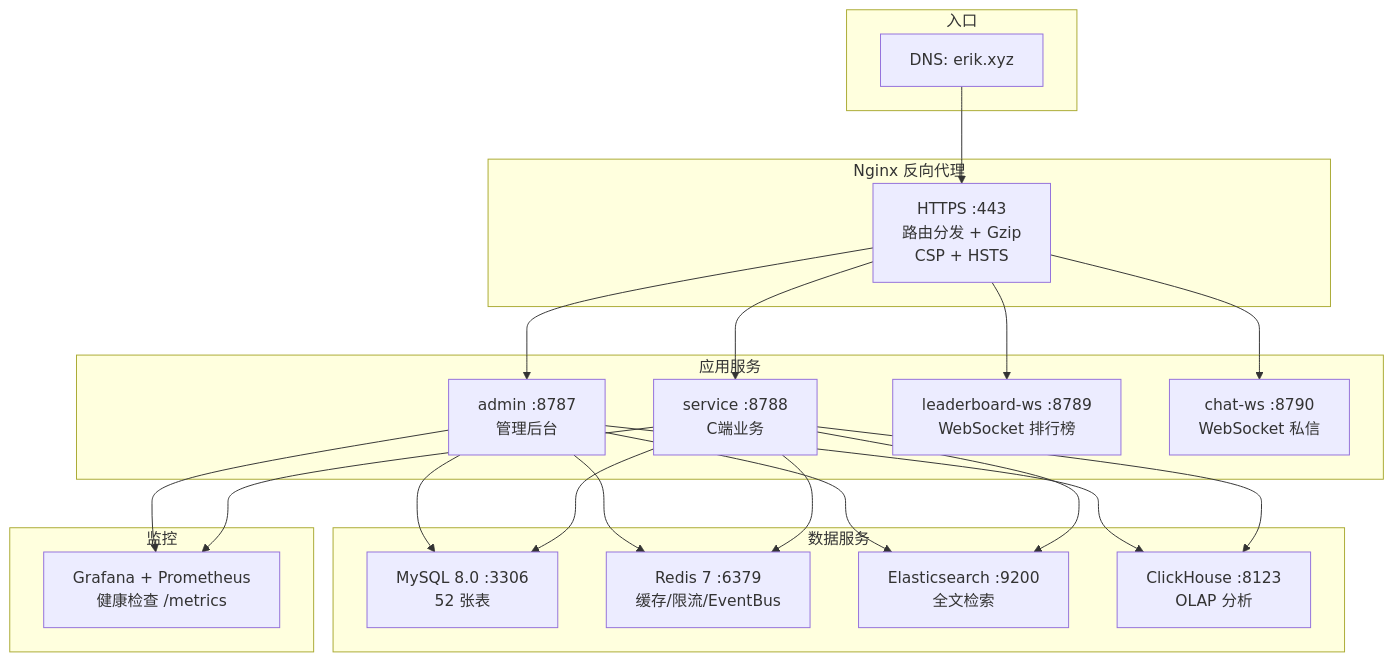
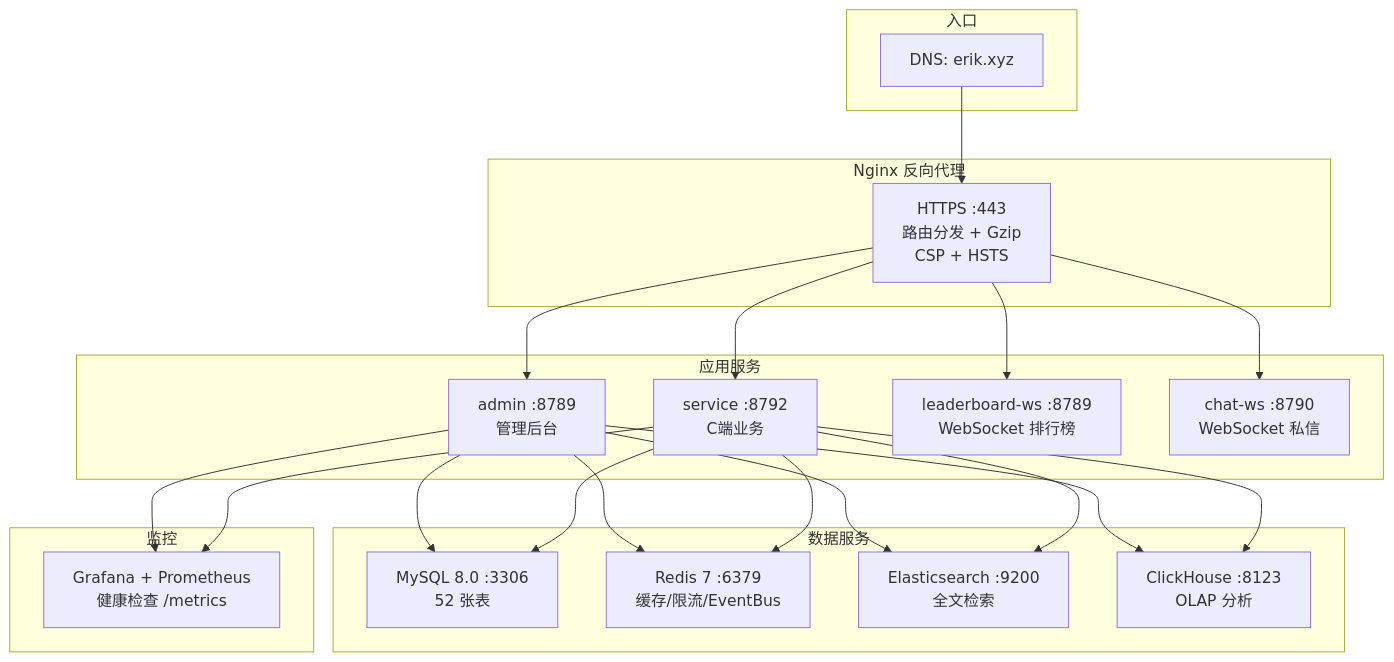
One commit to erikwang2013/game-platform-php changed the diagram in admin/docs/diagrams/12-deployment.bn.md. Above: the diagram before and after it, drawn with Mermaid. The commit also changed 265 other files, not shown here.

````diff
--- a/admin/docs/diagrams/12-deployment.bn.md
+++ b/admin/docs/diagrams/12-deployment.bn.md
@@ -7,33 +7,33 @@
 ```mermaid
 flowchart TB
     subgraph "入口"
         DNS["DNS: erik.xyz"]
     end
 
     subgraph "Nginx 反向代理"
         NGX["HTTPS :443<br/>路由分发 + Gzip<br/>CSP + HSTS"]
     end
 
     subgraph "应用服务"
-        ADM["admin :8787<br/>管理后台"]
-        SVC["service :8788<br/>C端业务"]
+        ADM["admin :8789<br/>管理后台"]
+        SVC["service :8792<br/>C端业务"]
         LB["leaderboard-ws :8789<br/>WebSocket 排行榜"]
         CHAT["chat-ws :8790<br/>WebSocket 私信"]
     end
 
     subgraph "数据服务"
         MYSQL["MySQL 8.0 :3306<br/>52 张表"]
         REDIS["Redis 7 :6379<br/>缓存/限流/EventBus"]
         ES["Elasticsearch :9200<br/>全文检索"]
         CH["ClickHouse :8123<br/>OLAP 分析"]
     end
 
     subgraph "监控"
         MON["Grafana + Prometheus<br/>健康检查 /metrics"]
     end
 
     DNS --> NGX
     NGX --> ADM & SVC & LB & CHAT
     ADM & SVC --> MYSQL & REDIS & ES & CH
     ADM & SVC --> MON
 ```
````
